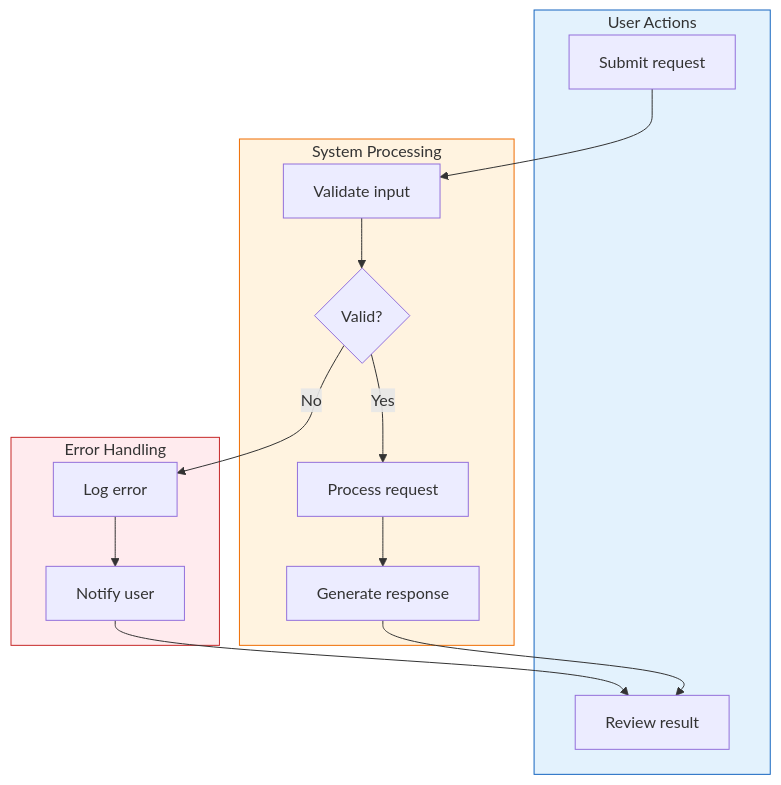
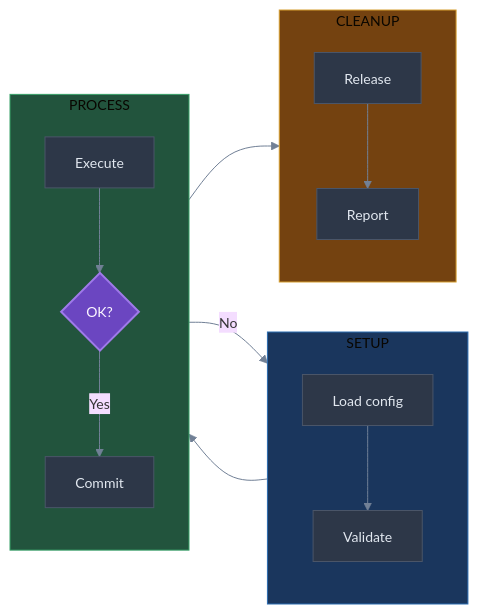
One commit to nicsuzor/academicOps changed the tenth of 11 diagrams in skills/flowchart/SKILL.md. Above: the diagram before and after it, drawn with Mermaid. The commit also changed other lines of this file, not shown here.

First line of the commit message:
feat(flowchart): Improve layout and visual design guidance

````diff
--- a/skills/flowchart/SKILL.md
+++ b/skills/flowchart/SKILL.md
@@ -266,32 +353,42 @@
 ```mermaid
-flowchart TD
-    subgraph USER["User Actions"]
-        U1[Submit request]
-        U2[Review result]
+%%{init: {
+  'theme': 'base',
+  'themeVariables': { 'lineColor': '#718096', 'fontSize': '14px' },
+  'flowchart': { 'nodeSpacing': 50, 'rankSpacing': 60, 'padding': 15 }
+}}%%
+flowchart LR
+    classDef phase fill:#1a202c,stroke:#4a5568,color:#e2e8f0
+    classDef step fill:#2d3748,stroke:#4a5568,color:#e2e8f0
+    classDef check fill:#6b46c1,stroke:#9f7aea,color:#faf5ff,stroke-width:2px
+
+    subgraph SETUP["SETUP"]
+        direction TB
+        S1[Load config]:::step
+        S2[Validate]:::step
+        S1 --> S2
     end
 
-    subgraph SYSTEM["System Processing"]
-        S1[Validate input]
-        S2{Valid?}
-        S3[Process request]
-        S4[Generate response]
+    subgraph PROCESS["PROCESS"]
+        direction TB
+        P1[Execute]:::step
+        P2{OK?}:::check
+        P3[Commit]:::step
+        P1 --> P2
+        P2 -->|Yes| P3
     end
 
-    subgraph ERROR["Error Handling"]
-        E1[Log error]
-        E2[Notify user]
+    subgraph CLEANUP["CLEANUP"]
+        direction TB
+        C1[Release]:::step
+        C2[Report]:::step
+        C1 --> C2
     end
 
-    U1 --> S1
-    S1 --> S2
-    S2 -->|Yes| S3
-    S2 -->|No| E1
-    S3 --> S4
-    S4 --> U2
-    E1 --> E2
-    E2 --> U2
+    SETUP --> PROCESS
+    PROCESS --> CLEANUP
+    P2 -->|No| S1
 
-    style USER fill:#e3f2fd,stroke:#1565c0
-    style SYSTEM fill:#fff3e0,stroke:#ef6c00
-    style ERROR fill:#ffebee,stroke:#c62828
+    style SETUP fill:#1a365d,stroke:#2b6cb0
+    style PROCESS fill:#22543d,stroke:#38a169
+    style CLEANUP fill:#744210,stroke:#d69e2e
 ```
````
